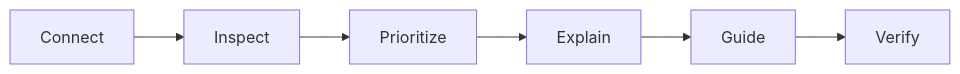
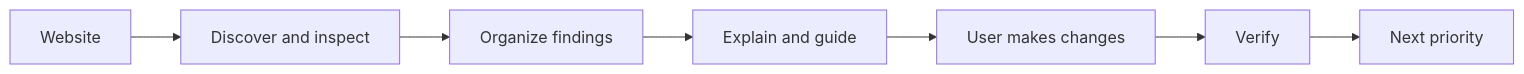
One commit to aravind9154/aravind9154 changed the first of 2 diagrams in README.md. Above: the diagram before and after it, drawn with Mermaid. The commit also changed other lines of this file, not shown here.

````diff
--- a/README.md
+++ b/README.md
@@ -15,8 +29,9 @@
 ```mermaid
 flowchart LR
- A[Connect] --> B[Inspect]
- B --> C[Prioritize]
- C --> D[Explain]
- D --> E[Guide]
+ A[Website] --> B[Discover and inspect]
+ B --> C[Organize findings]
+ C --> D[Explain and guide]
+ D --> E[User makes changes]
  E --> F[Verify]
+ F --> G[Next priority]
 ```
````
